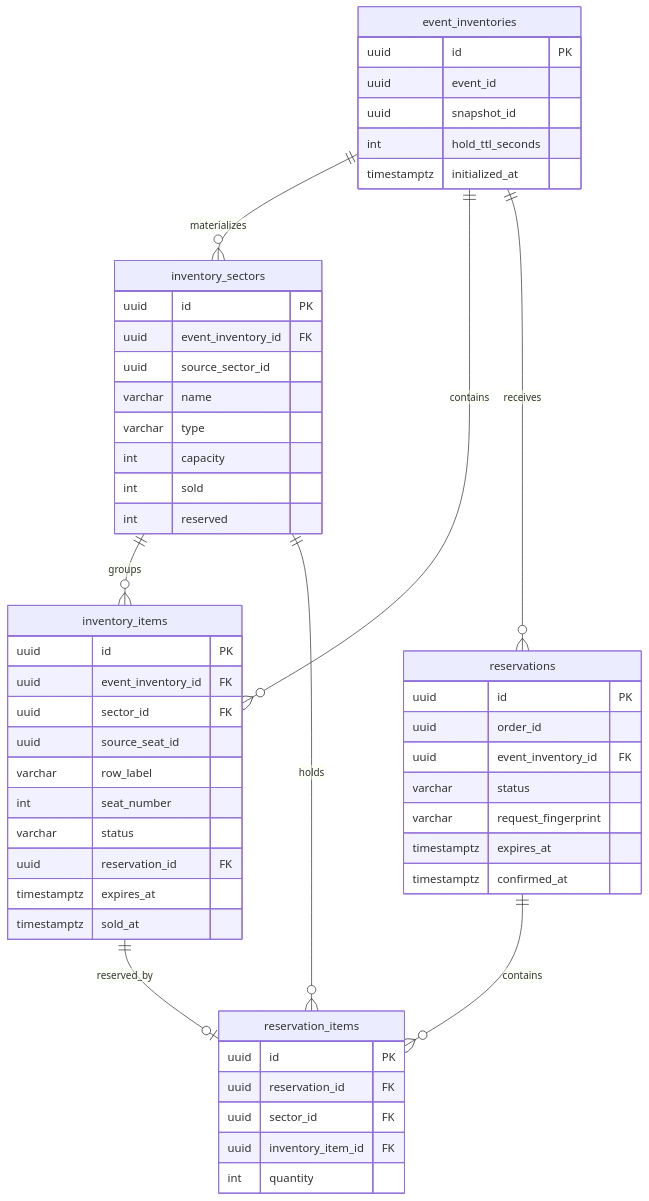
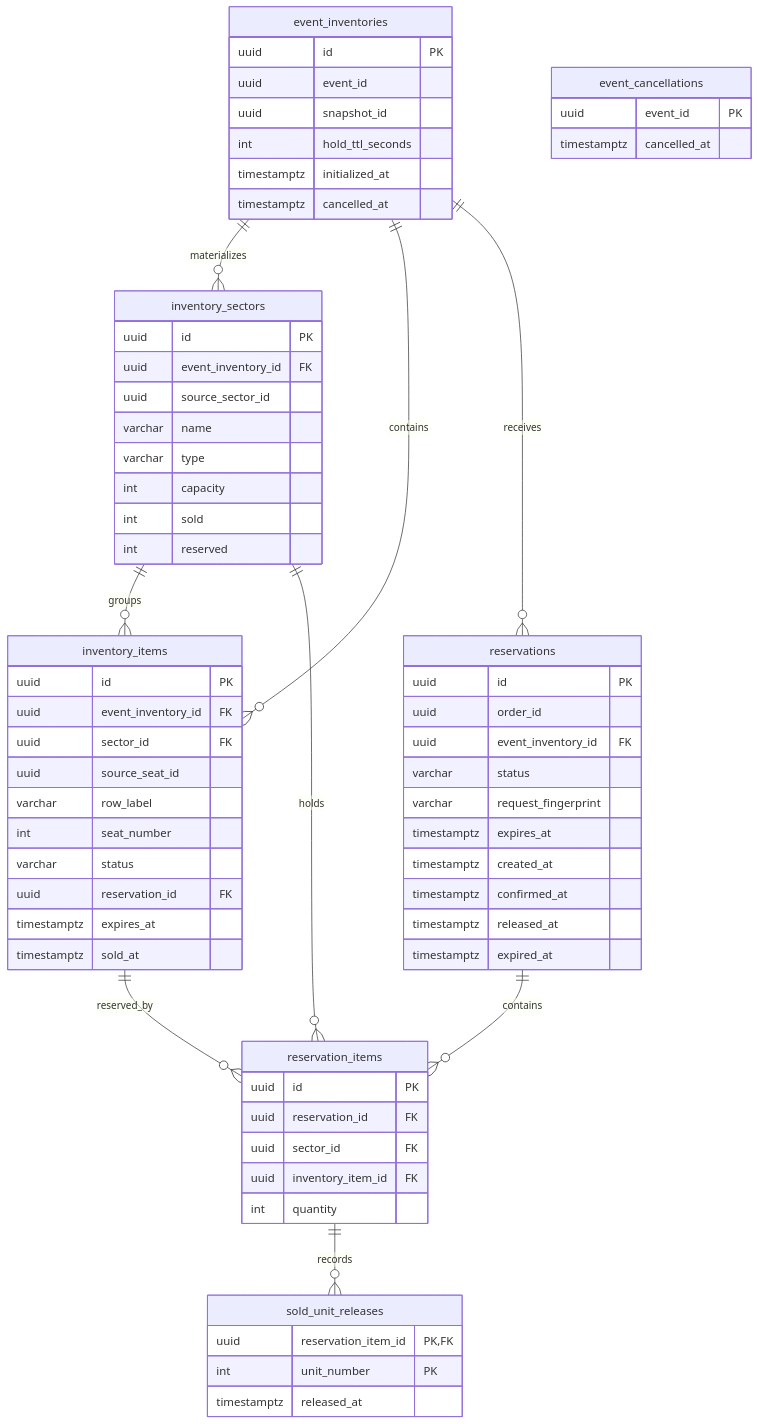
One commit to rami-bit/ArquitecturasWeb_TPE changed the fifth of 8 diagrams in ticketya/docs/architecture.md. Above: the diagram before and after it, drawn with Mermaid. The commit also changed other lines of this file and 25 other files, not shown here.

````diff
--- a/ticketya/docs/architecture.md
+++ b/ticketya/docs/architecture.md
@@ -268,56 +320,70 @@
 ```mermaid
 erDiagram
     event_inventories ||--o{ inventory_sectors : materializes
     event_inventories ||--o{ inventory_items : contains
     event_inventories ||--o{ reservations : receives
     inventory_sectors ||--o{ inventory_items : groups
     inventory_sectors ||--o{ reservation_items : holds
     reservations ||--o{ reservation_items : contains
-    inventory_items ||--o| reservation_items : reserved_by
+    inventory_items ||--o{ reservation_items : reserved_by
+    reservation_items ||--o{ sold_unit_releases : records
 
     event_inventories {
         uuid id PK
         uuid event_id
         uuid snapshot_id
         int hold_ttl_seconds
         timestamptz initialized_at
+        timestamptz cancelled_at
     }
     inventory_sectors {
         uuid id PK
         uuid event_inventory_id FK
         uuid source_sector_id
         varchar name
         varchar type
         int capacity
         int sold
         int reserved
     }
     reservations {
         uuid id PK
         uuid order_id
         uuid event_inventory_id FK
         varchar status
         varchar request_fingerprint
         timestamptz expires_at
+        timestamptz created_at
         timestamptz confirmed_at
+        timestamptz released_at
+        timestamptz expired_at
     }
     inventory_items {
         uuid id PK
         uuid event_inventory_id FK
         uuid sector_id FK
         uuid source_seat_id
         varchar row_label
         int seat_number
         varchar status
         uuid reservation_id FK
         timestamptz expires_at
         timestamptz sold_at
     }
     reservation_items {
         uuid id PK
         uuid reservation_id FK
         uuid sector_id FK
         uuid inventory_item_id FK
         int quantity
     }
+    event_cancellations {
+        uuid event_id PK
+        timestamptz cancelled_at
+    }
+    sold_unit_releases {
+        uuid reservation_item_id PK, FK
+        int unit_number PK
+        timestamptz released_at
+    }
 ```
````
